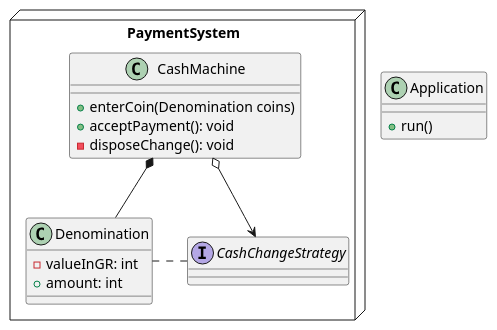
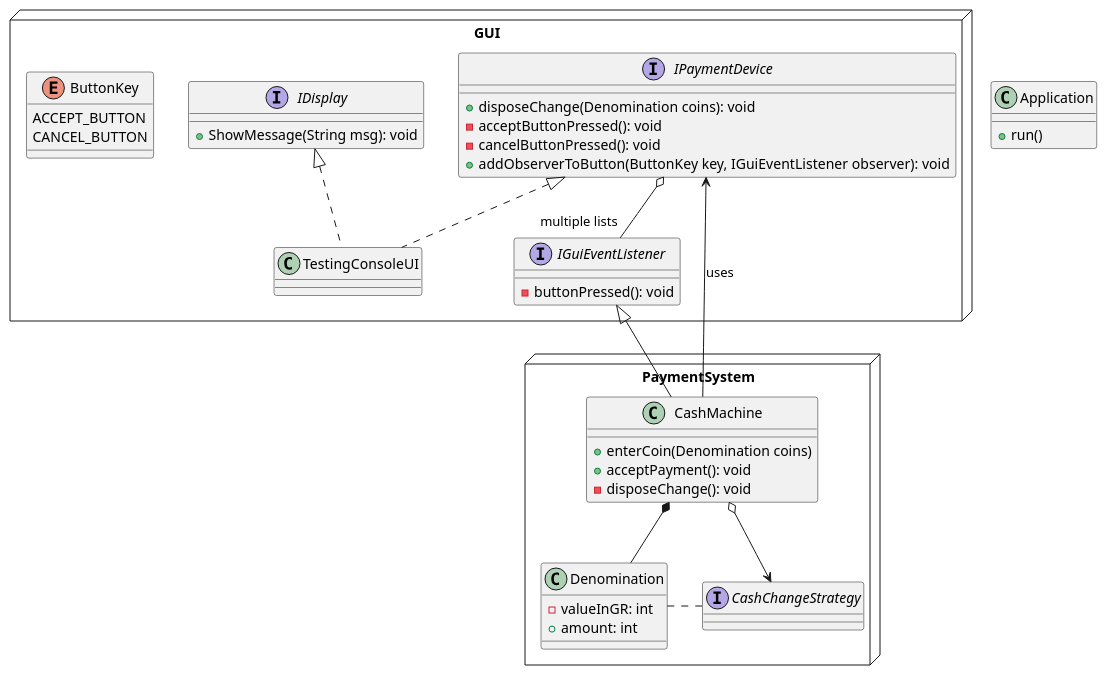
Before and after one commit to CKTA00/TO_proj: the diagram in uml/main_uml.puml, drawn with PlantUML.

Commit message:
UML: Added GUI and its interactions with PaymentSystem

```diff
--- a/uml/main_uml.puml
+++ b/uml/main_uml.puml
@@ -1,38 +1,71 @@
 @startuml
 
 class Application
 {
     +run()
 }
 
 
 
 node PaymentSystem{
    class CashMachine
    {
        +enterCoin(Denomination coins)
        +acceptPayment(): void
        -disposeChange(): void
    }
 
    class Denomination
    {
        -valueInGR: int
        +amount: int
    }
 
    interface CashChangeStrategy
    {
 
    }
 }
 
+node GUI{
+    interface IDisplay{
+        +ShowMessage(String msg): void
+    }
+
+    interface IPaymentDevice{
+        +disposeChange(Denomination coins): void
+        -acceptButtonPressed(): void
+        -cancelButtonPressed(): void
+        +addObserverToButton(ButtonKey key, IGuiEventListener observer): void
+    }
+
+    enum ButtonKey{
+        ACCEPT_BUTTON
+        CANCEL_BUTTON
+    }
+
+    interface IGuiEventListener
+    {
+        -buttonPressed(): void
+    }
+    'note left: observer\npattern
+
+    class TestingConsoleUI implements IDisplay,IPaymentDevice{
+    }
+}
+
+
+
 
 
 
 
 CashMachine o--> CashChangeStrategy
 CashMachine *-- Denomination
 Denomination . CashChangeStrategy
 
+IGuiEventListener <|-- CashMachine
+CashMachine --> IPaymentDevice :uses
+IPaymentDevice o--"multiple lists" IGuiEventListener
+
 @enduml
```
